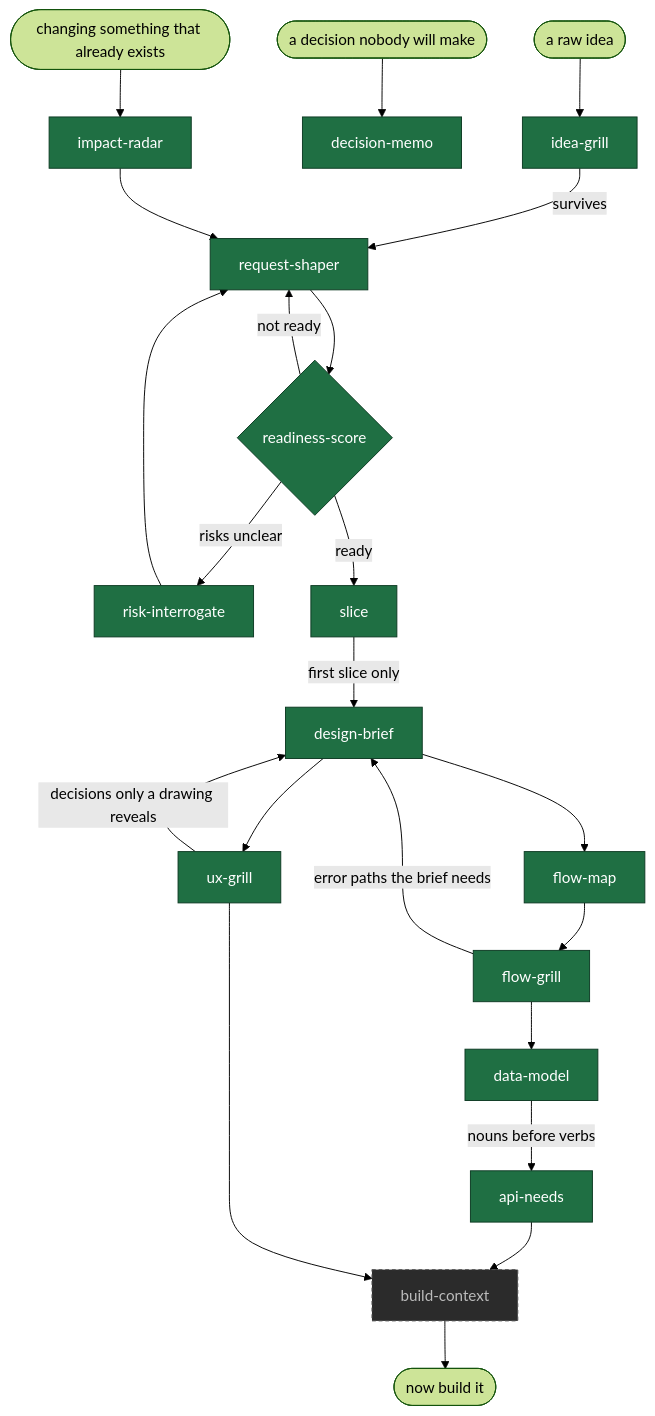
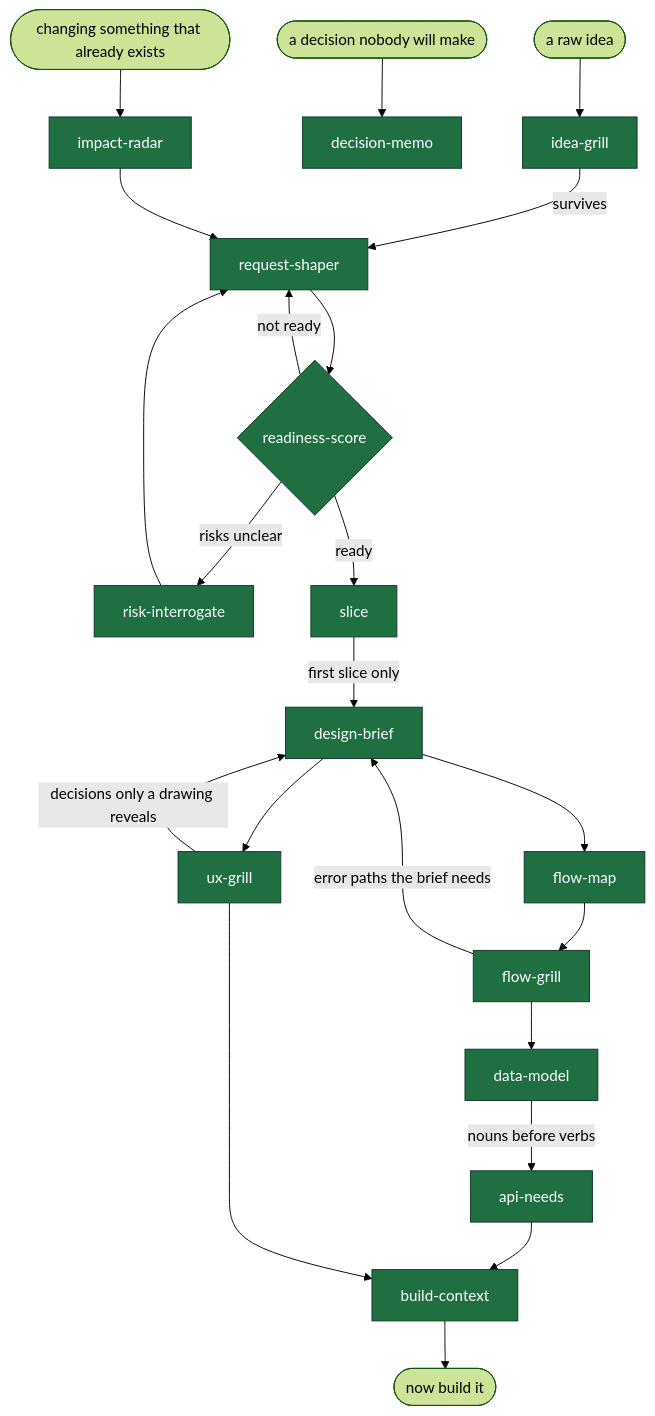
Before and after one commit to ratipcan-uysal/before-you-build: the diagram in README.md, drawn with Mermaid (forest theme). The commit also changed other lines of this file and 8 other files, not shown here.

````diff
--- a/README.md
+++ b/README.md
@@ -39,29 +39,28 @@
 ```mermaid
 flowchart TD
     idea([a raw idea]) --> IG[idea-grill]
     IG -->|survives| RS[request-shaper]
     RS --> SC{readiness-score}
     SC -->|not ready| RS
     SC -->|risks unclear| RI[risk-interrogate]
     RI --> RS
     SC -->|ready| SL[slice]
     SL -->|first slice only| DB[design-brief]
     DB --> UX[ux-grill]
     UX -->|decisions only a drawing reveals| DB
     DB --> FM[flow-map]
     FM --> FG[flow-grill]
     FG -->|error paths the brief needs| DB
     FG --> DMO[data-model]
     DMO -->|nouns before verbs| AN[api-needs]
     AN --> BC[build-context]
     UX --> BC
     BC --> out([now build it])
     blocked([a decision nobody will make]) --> DM[decision-memo]
     change([changing something that already exists]) --> IR[impact-radar]
     IR --> RS
 
     classDef shipped fill:#1f6f43,stroke:#0d3a23,color:#fff
     classDef planned fill:#2b2b2b,stroke:#555,color:#bbb,stroke-dasharray:4 3
-    class IG,RS,SC,SL,RI,DB,UX,FM,FG,DMO,AN,IR,DM shipped
-    class BC planned
+    class IG,RS,SC,SL,RI,DB,UX,FM,FG,DMO,AN,BC,IR,DM shipped
 ```
````
